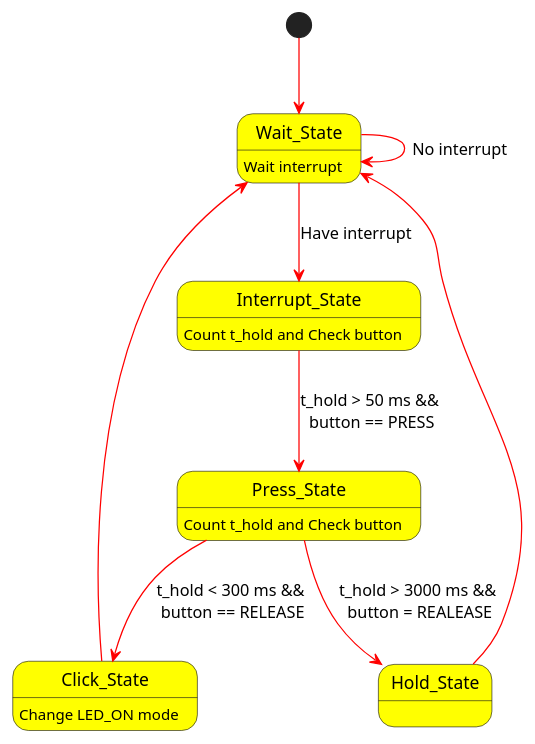
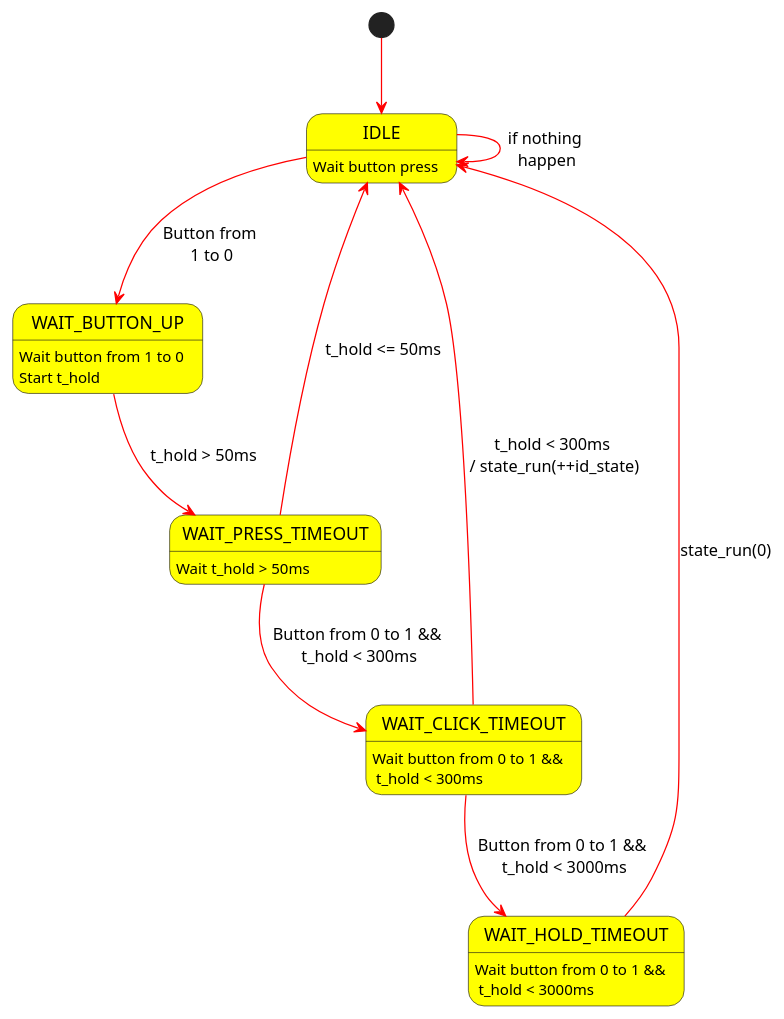
Before and after one commit to hieutran-itr-intern/STM32F103C6T8: the diagram in PlantUML/FSM_GPIO.pu, drawn with PlantUML. The commit also changed other lines of this file and 1 other file, not shown here.

Commit message:
Complete: FSM GPIO Diagram

```diff
--- a/PlantUML/FSM_GPIO.pu
+++ b/PlantUML/FSM_GPIO.pu
@@ -1,19 +1,23 @@
 @startuml
 skinparam arrowcolor red
 skinparam stateBackgroundColor yellow  
 
-[*] --> Wait_State
-Wait_State: Wait interrupt
-Interrupt_State: Count t_hold and Check button
-Press_State: Count t_hold and Check button
-Click_State: Change LED_ON mode
+[*] --> IDLE
+IDLE: Wait button press
+WAIT_BUTTON_UP: Wait button from 1 to 0\nStart t_hold
+WAIT_PRESS_TIMEOUT: Wait t_hold > 50ms
+WAIT_CLICK_TIMEOUT: Wait button from 0 to 1 &&\n t_hold < 300ms
+WAIT_HOLD_TIMEOUT: Wait button from 0 to 1 &&\n t_hold < 3000ms
 
-Wait_State --> Interrupt_State: Have interrupt
-Wait_State --> Wait_State: No interrupt
-Interrupt_State --> Press_State: t_hold > 50 ms &&\n button == PRESS
-Press_State --> Click_State: t_hold < 300 ms &&\n button == RELEASE
-Click_State --> Wait_State
-Press_State --> Hold_State: t_hold > 3000 ms &&\n button = REALEASE
-Hold_State --> Wait_State
+IDLE --> WAIT_BUTTON_UP: Button from\n 1 to 0
+WAIT_BUTTON_UP --> WAIT_PRESS_TIMEOUT: t_hold > 50ms
+WAIT_PRESS_TIMEOUT --> WAIT_CLICK_TIMEOUT: Button from 0 to 1 &&\n t_hold < 300ms
+WAIT_CLICK_TIMEOUT --> WAIT_HOLD_TIMEOUT: Button from 0 to 1 &&\n t_hold < 3000ms
+
+IDLE --> IDLE: if nothing\n happen
+WAIT_PRESS_TIMEOUT --> IDLE: t_hold <= 50ms
+WAIT_CLICK_TIMEOUT --> IDLE: t_hold < 300ms\n / state_run(++id_state)
+WAIT_HOLD_TIMEOUT --> IDLE: state_run(0) 
+
 
 @enduml
```
